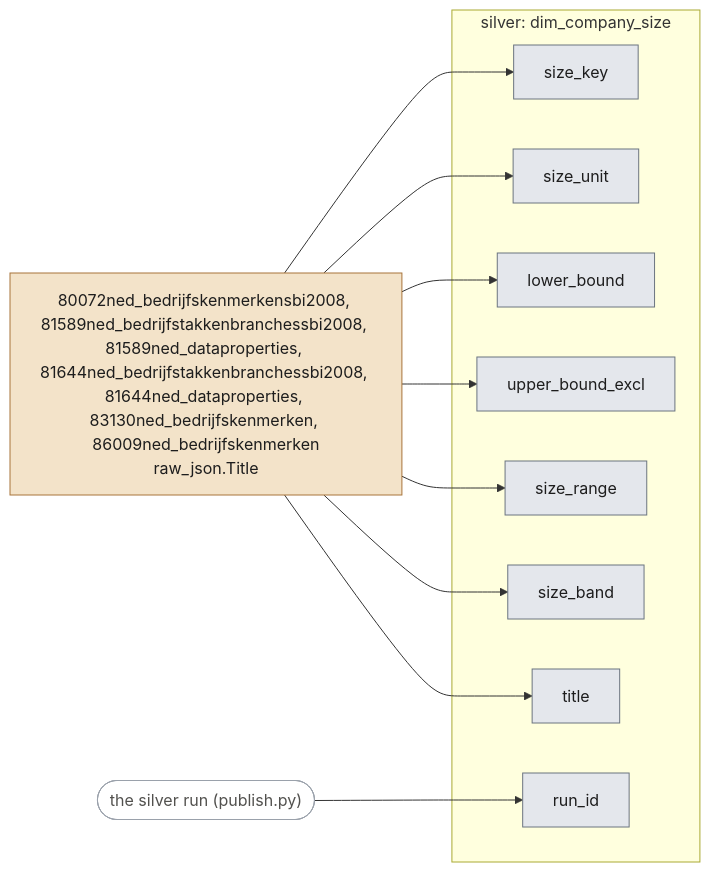
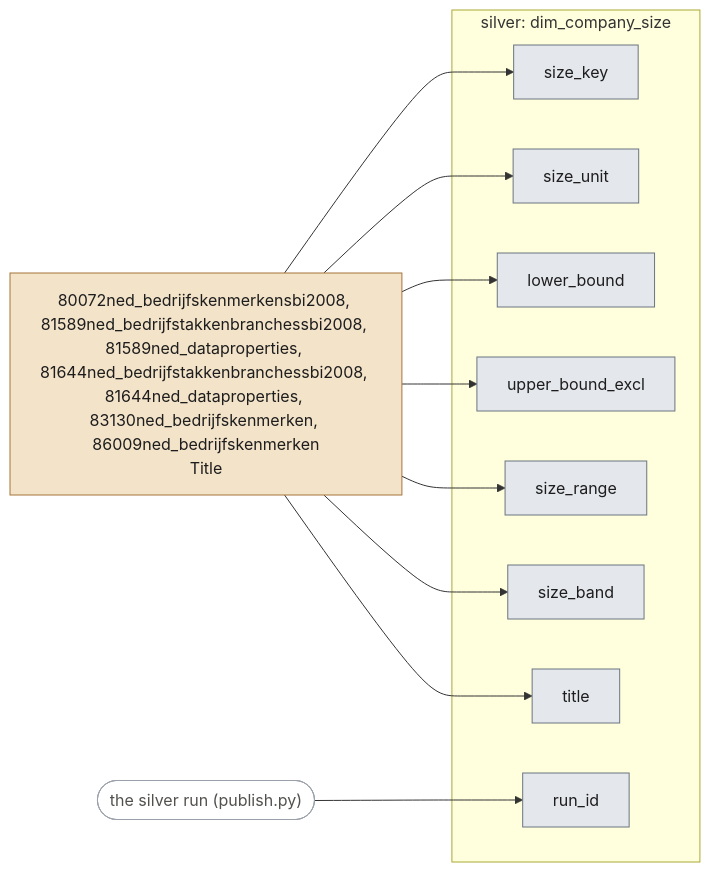
One commit to stefancodecommit/AOV_Lakehouse changed the fourth of 13 diagrams in docs/lineage.md. Above: the diagram before and after it, drawn with Mermaid. The commit also changed other lines of this file and 12 other files, not shown here.

First line of the commit message:
Structured CBS bronze: a column per field next to raw_json

````diff
--- a/docs/lineage.md
+++ b/docs/lineage.md
@@ -206,27 +206,27 @@
 ```mermaid
 flowchart LR
-  n_src_80072ned_bedrijfskenmerkensbi2008_81589ned_bedrijfstakkenbranchessbi2008_81589ned_dataproperties_81644ned_bedrijfstakkenbranchessbi2008_81644ned_dataproperties_83130ned_bedrijfskenmerken_86009ned_bedrijfskenmerken_raw_json_Title["80072ned_bedrijfskenmerkensbi2008, 81589ned_bedrijfstakkenbranchessbi2008, 81589ned_dataproperties, 81644ned_bedrijfstakkenbranchessbi2008, 81644ned_dataproperties, 83130ned_bedrijfskenmerken, 86009ned_bedrijfskenmerken<br/>raw_json.Title"]:::bronze
+  n_src_80072ned_bedrijfskenmerkensbi2008_81589ned_bedrijfstakkenbranchessbi2008_81589ned_dataproperties_81644ned_bedrijfstakkenbranchessbi2008_81644ned_dataproperties_83130ned_bedrijfskenmerken_86009ned_bedrijfskenmerken_Title["80072ned_bedrijfskenmerkensbi2008, 81589ned_bedrijfstakkenbranchessbi2008, 81589ned_dataproperties, 81644ned_bedrijfstakkenbranchessbi2008, 81644ned_dataproperties, 83130ned_bedrijfskenmerken, 86009ned_bedrijfskenmerken<br/>Title"]:::bronze
   run(["the silver run (publish.py)"]):::run
   subgraph n_tbl_dim_company_size["silver: dim_company_size"]
     n_col_size_key["size_key"]:::silver
     n_col_size_unit["size_unit"]:::silver
     n_col_lower_bound["lower_bound"]:::silver
     n_col_upper_bound_excl["upper_bound_excl"]:::silver
     n_col_size_range["size_range"]:::silver
     n_col_size_band["size_band"]:::silver
     n_col_title["title"]:::silver
     n_col_run_id["run_id"]:::silver
   end
-  n_src_80072ned_bedrijfskenmerkensbi2008_81589ned_bedrijfstakkenbranchessbi2008_81589ned_dataproperties_81644ned_bedrijfstakkenbranchessbi2008_81644ned_dataproperties_83130ned_bedrijfskenmerken_86009ned_bedrijfskenmerken_raw_json_Title --> n_col_size_key
-  n_src_80072ned_bedrijfskenmerkensbi2008_81589ned_bedrijfstakkenbranchessbi2008_81589ned_dataproperties_81644ned_bedrijfstakkenbranchessbi2008_81644ned_dataproperties_83130ned_bedrijfskenmerken_86009ned_bedrijfskenmerken_raw_json_Title --> n_col_size_unit
-  n_src_80072ned_bedrijfskenmerkensbi2008_81589ned_bedrijfstakkenbranchessbi2008_81589ned_dataproperties_81644ned_bedrijfstakkenbranchessbi2008_81644ned_dataproperties_83130ned_bedrijfskenmerken_86009ned_bedrijfskenmerken_raw_json_Title --> n_col_lower_bound
-  n_src_80072ned_bedrijfskenmerkensbi2008_81589ned_bedrijfstakkenbranchessbi2008_81589ned_dataproperties_81644ned_bedrijfstakkenbranchessbi2008_81644ned_dataproperties_83130ned_bedrijfskenmerken_86009ned_bedrijfskenmerken_raw_json_Title --> n_col_upper_bound_excl
-  n_src_80072ned_bedrijfskenmerkensbi2008_81589ned_bedrijfstakkenbranchessbi2008_81589ned_dataproperties_81644ned_bedrijfstakkenbranchessbi2008_81644ned_dataproperties_83130ned_bedrijfskenmerken_86009ned_bedrijfskenmerken_raw_json_Title --> n_col_size_range
-  n_src_80072ned_bedrijfskenmerkensbi2008_81589ned_bedrijfstakkenbranchessbi2008_81589ned_dataproperties_81644ned_bedrijfstakkenbranchessbi2008_81644ned_dataproperties_83130ned_bedrijfskenmerken_86009ned_bedrijfskenmerken_raw_json_Title --> n_col_size_band
-  n_src_80072ned_bedrijfskenmerkensbi2008_81589ned_bedrijfstakkenbranchessbi2008_81589ned_dataproperties_81644ned_bedrijfstakkenbranchessbi2008_81644ned_dataproperties_83130ned_bedrijfskenmerken_86009ned_bedrijfskenmerken_raw_json_Title --> n_col_title
+  n_src_80072ned_bedrijfskenmerkensbi2008_81589ned_bedrijfstakkenbranchessbi2008_81589ned_dataproperties_81644ned_bedrijfstakkenbranchessbi2008_81644ned_dataproperties_83130ned_bedrijfskenmerken_86009ned_bedrijfskenmerken_Title --> n_col_size_key
+  n_src_80072ned_bedrijfskenmerkensbi2008_81589ned_bedrijfstakkenbranchessbi2008_81589ned_dataproperties_81644ned_bedrijfstakkenbranchessbi2008_81644ned_dataproperties_83130ned_bedrijfskenmerken_86009ned_bedrijfskenmerken_Title --> n_col_size_unit
+  n_src_80072ned_bedrijfskenmerkensbi2008_81589ned_bedrijfstakkenbranchessbi2008_81589ned_dataproperties_81644ned_bedrijfstakkenbranchessbi2008_81644ned_dataproperties_83130ned_bedrijfskenmerken_86009ned_bedrijfskenmerken_Title --> n_col_lower_bound
+  n_src_80072ned_bedrijfskenmerkensbi2008_81589ned_bedrijfstakkenbranchessbi2008_81589ned_dataproperties_81644ned_bedrijfstakkenbranchessbi2008_81644ned_dataproperties_83130ned_bedrijfskenmerken_86009ned_bedrijfskenmerken_Title --> n_col_upper_bound_excl
+  n_src_80072ned_bedrijfskenmerkensbi2008_81589ned_bedrijfstakkenbranchessbi2008_81589ned_dataproperties_81644ned_bedrijfstakkenbranchessbi2008_81644ned_dataproperties_83130ned_bedrijfskenmerken_86009ned_bedrijfskenmerken_Title --> n_col_size_range
+  n_src_80072ned_bedrijfskenmerkensbi2008_81589ned_bedrijfstakkenbranchessbi2008_81589ned_dataproperties_81644ned_bedrijfstakkenbranchessbi2008_81644ned_dataproperties_83130ned_bedrijfskenmerken_86009ned_bedrijfskenmerken_Title --> n_col_size_band
+  n_src_80072ned_bedrijfskenmerkensbi2008_81589ned_bedrijfstakkenbranchessbi2008_81589ned_dataproperties_81644ned_bedrijfstakkenbranchessbi2008_81644ned_dataproperties_83130ned_bedrijfskenmerken_86009ned_bedrijfskenmerken_Title --> n_col_title
   run --> n_col_run_id
   classDef bronze fill:#f3e3c9,stroke:#a8743a,color:#1d1d1d
   classDef silver fill:#e4e7ec,stroke:#6b7480,color:#1d1d1d
   classDef silverref fill:#f2f3f5,stroke:#9aa1ab,stroke-dasharray:4 3,color:#1d1d1d
   classDef run fill:#ffffff,stroke:#9aa1ab,color:#52514e
 ```
````
